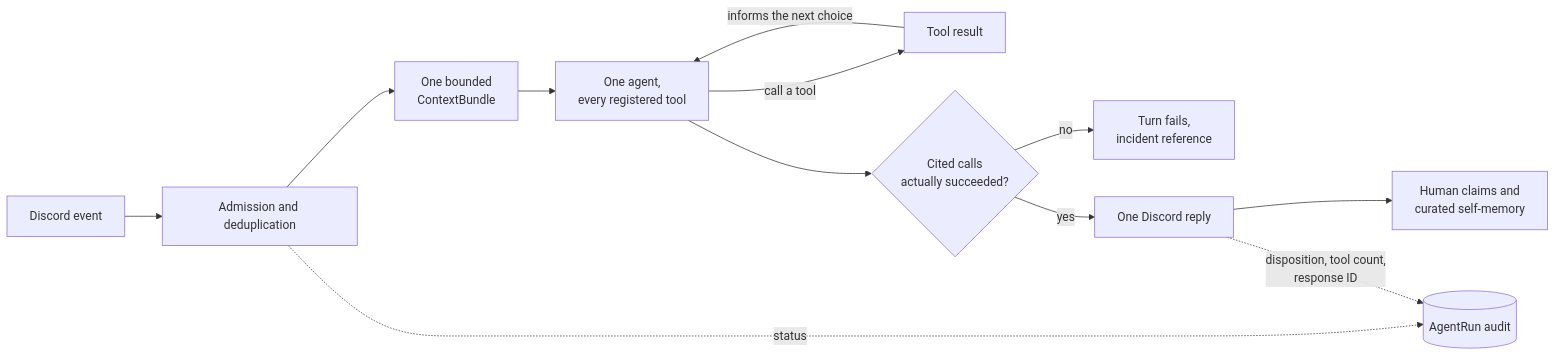
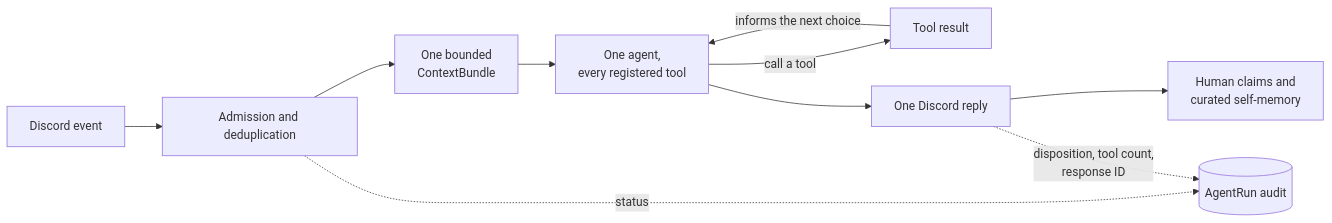
One commit to shepherdjerred/monorepo changed the diagram in packages/docs/wiki/src/content/docs/explanation/birmel.md. Above: the diagram before and after it, drawn with Mermaid. The commit also changed other lines of this file and 12 other files, not shown here.

````diff
--- a/packages/docs/wiki/src/content/docs/explanation/birmel.md
+++ b/packages/docs/wiki/src/content/docs/explanation/birmel.md
@@ -17,17 +17,15 @@
 ```mermaid
 flowchart LR
   accTitle: Birmel turn lifecycle
-  accDescr: An admitted and deduplicated Discord event receives one bounded context bundle and is handed to a single agent holding every registered tool. The agent loops over tool calls, letting each result inform the next choice, then emits a structured answer whose cited tool calls are checked against calls that actually succeeded. That produces one Discord reply, and then human claims and curated self-memory are extracted. An AgentRun record audits the lifecycle without storing prompt contents.
+  accDescr: An admitted and deduplicated Discord event receives one bounded context bundle and is handed to a single agent holding every registered tool. The agent loops over tool calls, letting each result inform the next choice, then emits a structured answer carrying the turn's disposition. That produces one Discord reply, and then human claims and curated self-memory are extracted. An AgentRun record audits the lifecycle without storing prompt contents.
 
   D[Discord event] --> A[Admission and deduplication]
   A --> C[One bounded<br/>ContextBundle]
   C --> G[One agent,<br/>every registered tool]
   G -->|call a tool| T[Tool result]
   T -->|informs the next choice| G
-  G --> V{Cited calls<br/>actually succeeded?}
-  V -->|no| F[Turn fails,<br/>incident reference]
-  V -->|yes| O[One Discord reply]
+  G --> O[One Discord reply]
   O --> M[Human claims and<br/>curated self-memory]
   A -. status .-> U[(AgentRun audit)]
   O -. disposition, tool count,<br/>response ID .-> U
 ```
````
